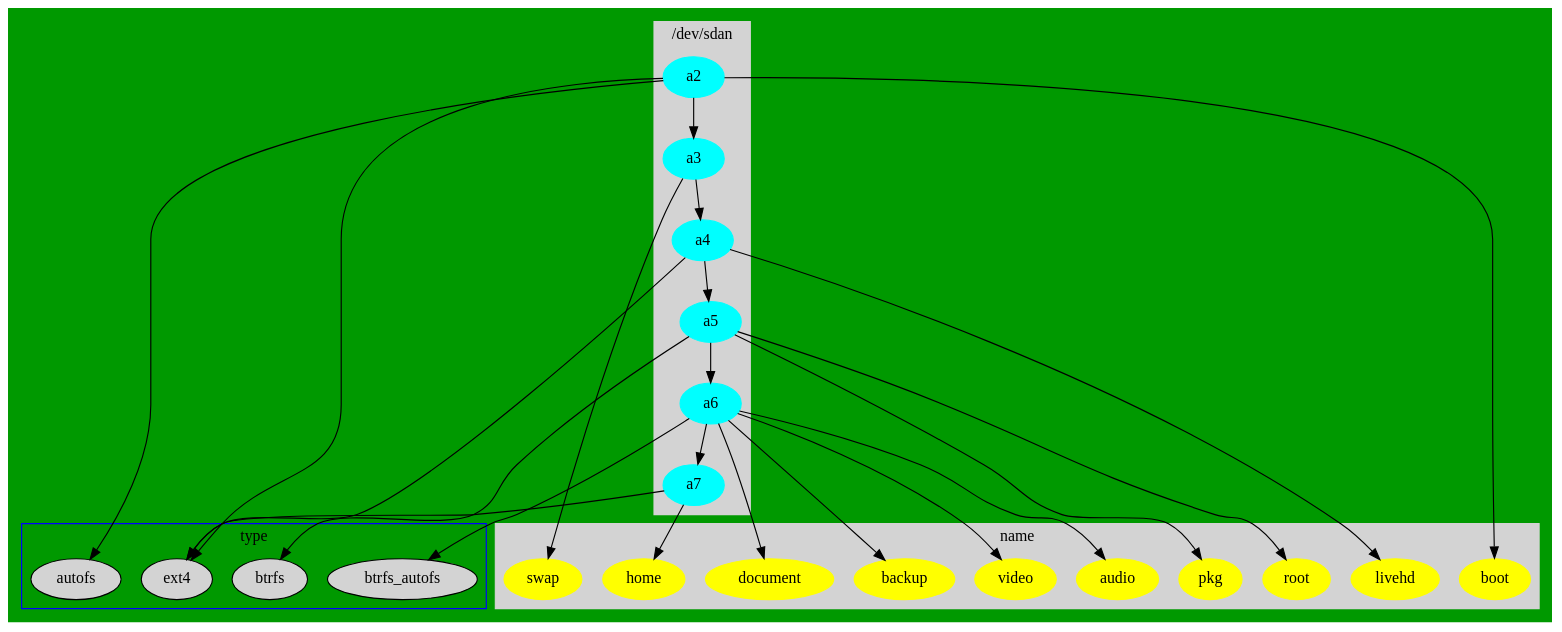
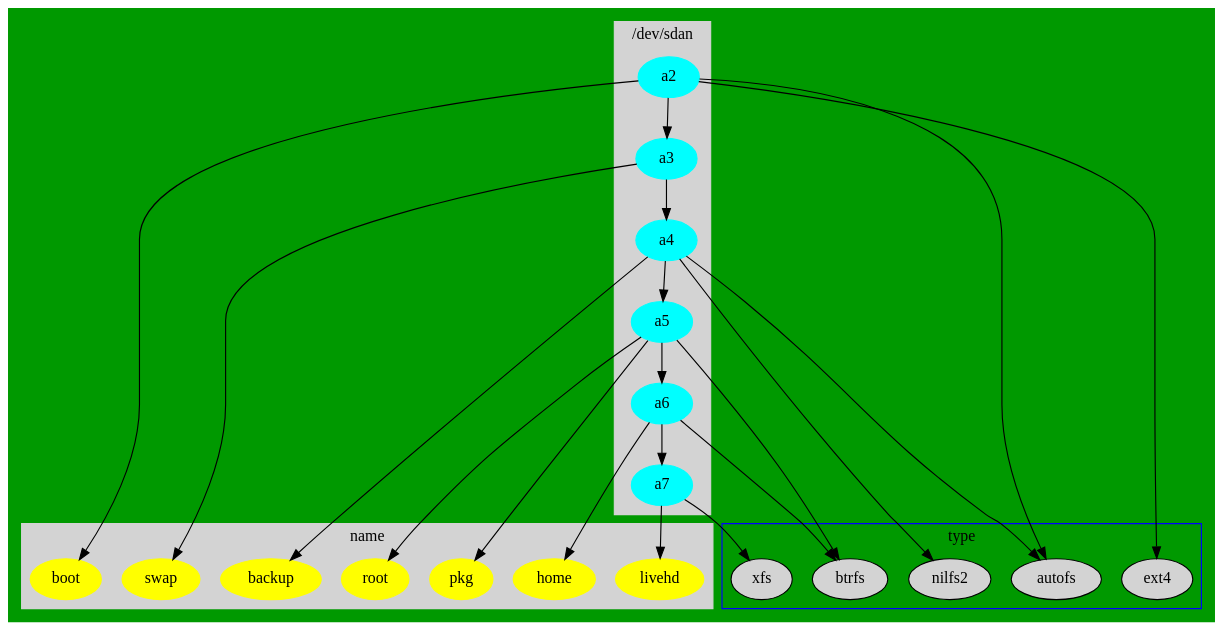
Before and after one commit to cdede/dotfiles: the diagram in dot/.config/dupl/parted.dot, drawn with Graphviz. The commit also changed 1 other file, not shown here.

Commit message:
use nilfs2

```diff
--- a/dot/.config/dupl/parted.dot
+++ b/dot/.config/dupl/parted.dot
@@ -1,55 +1,51 @@
 // dot -Tpng  parted.dot -o line1.png
 digraph G {
   bgcolor ="#009900";
 
 	subgraph cluster_0 {
 		style=filled;
 		color=lightgrey;
 		node [style=filled,color=cyan];
-		a2 -> a3 -> a4 -> a5->a6->a7;
+		a2 -> a3 ->a4-> a5->a6->a7;
 		label = "/dev/sdan";
 	}
 
 	subgraph cluster_1 {
 		node [style=filled];
 		btrfs;
                 ext4;
+                xfs;
                 autofs;
-                btrfs_autofs;
+                nilfs2;
 		label = "type";
 		color=blue
 	}
 	subgraph cluster_2 {
 		style=filled;
 		color=lightgrey;
 		node [style=filled,color=yellow];
 		boot;
 		backup;
                 livehd;
 		root ;
                 pkg;  //  /var/cache/pacman/pkg
 		swap;
 		home;
-                video;
-                audio;
-                document;
 		label = "name";
 	}
 
 	a2 -> boot;
 	a2 -> ext4;
 	a2 -> autofs;
         a3 -> swap ;
-        a4 ->livehd;
-        a4 ->ext4;
+        a4 -> backup;
+        a4 -> nilfs2;
+        a4 -> autofs;
         a5 -> root ;
         a5 -> pkg ;
 	a5 -> btrfs;
-	a6 -> btrfs_autofs;
-        a6 ->backup;
-        a6 ->audio;
-        a6 ->video;
-        a6 ->document;
-        a7 -> ext4;
-        a7 -> home;
+	a6 -> btrfs;
+        a6 -> home;
+        a7 ->livehd;
+        a7 ->xfs;
 }
```
